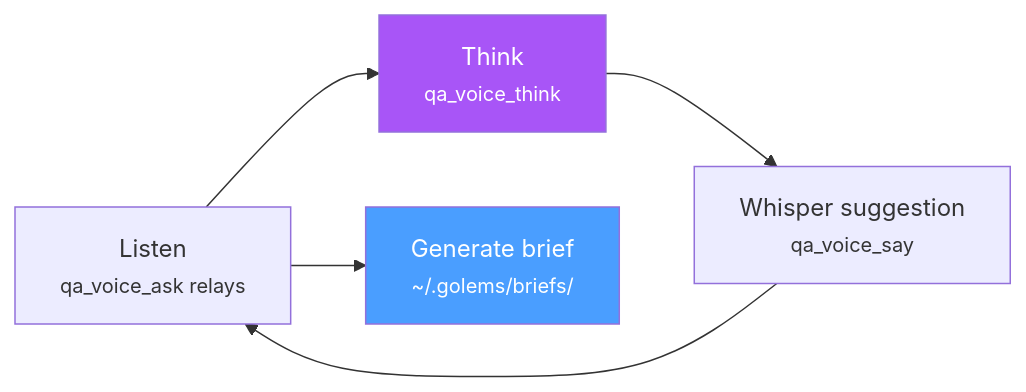
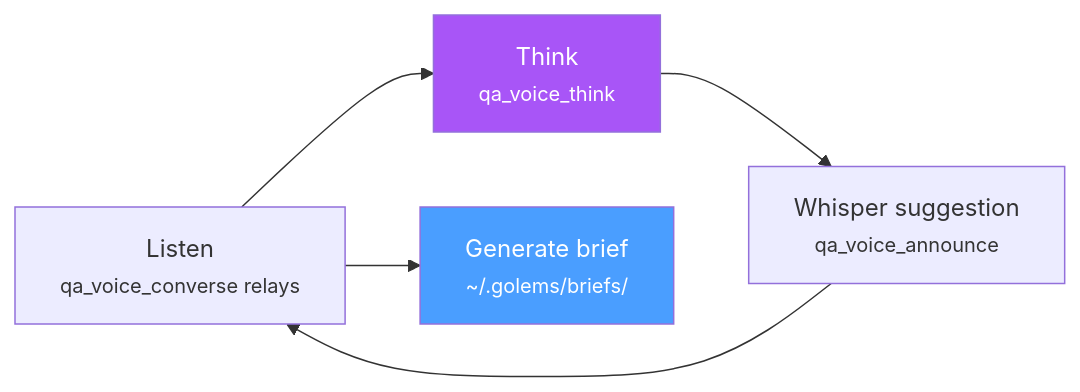
One commit to naeemkhan3starjee079-spec/golems changed the fourth of 5 diagrams in packages/dashboard/content/docs/golems/qa-voice.md. Above: the diagram before and after it, drawn with Mermaid. The commit also changed other lines of this file and 13 other files, not shown here.

````diff
--- a/packages/dashboard/content/docs/golems/qa-voice.md
+++ b/packages/dashboard/content/docs/golems/qa-voice.md
@@ -107,10 +115,10 @@
 ```mermaid
 flowchart LR
-    L["Listen<br/><small>qa_voice_ask relays</small>"] --> T["Think<br/><small>qa_voice_think</small>"]
-    T --> W["Whisper suggestion<br/><small>qa_voice_say</small>"]
+    L["Listen<br/><small>qa_voice_converse relays</small>"] --> T["Think<br/><small>qa_voice_think</small>"]
+    T --> W["Whisper suggestion<br/><small>qa_voice_announce</small>"]
     W --> L
     L --> BR["Generate brief<br/><small>~/.golems/briefs/</small>"]
 
     style T fill:#a855f7,color:#fff
     style BR fill:#4a9eff,color:#fff
 ```
````
